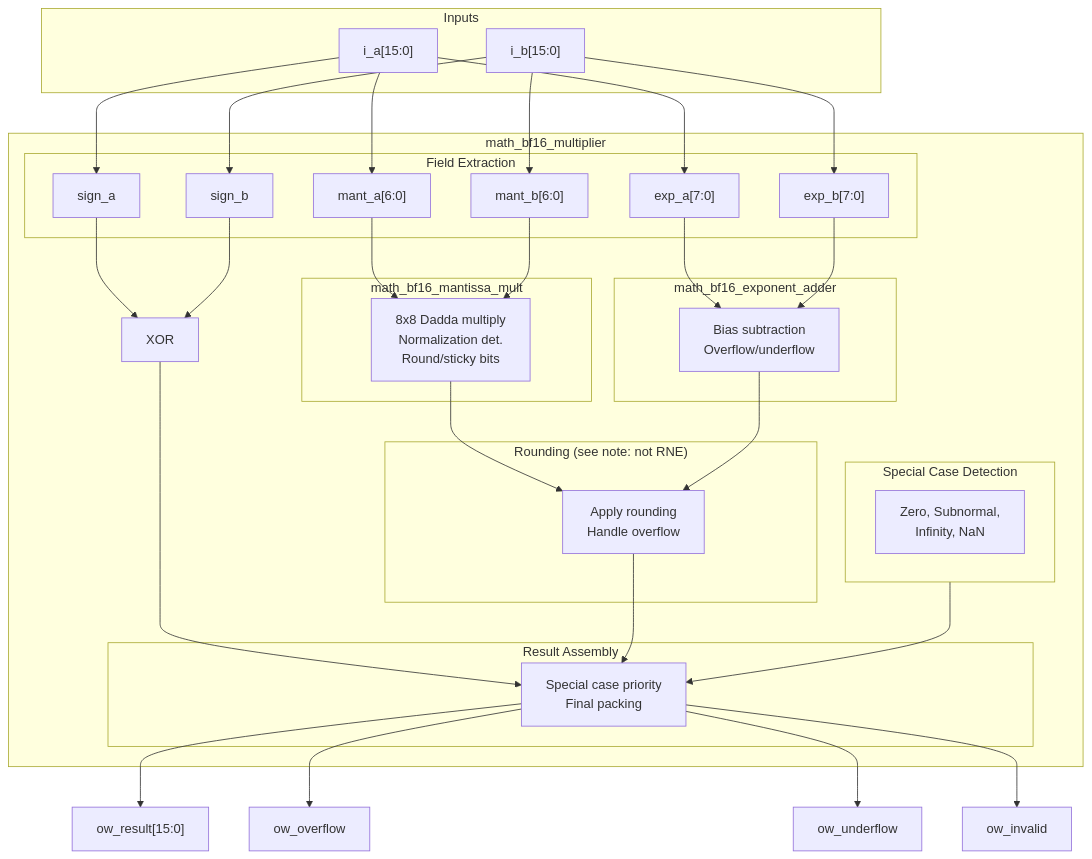
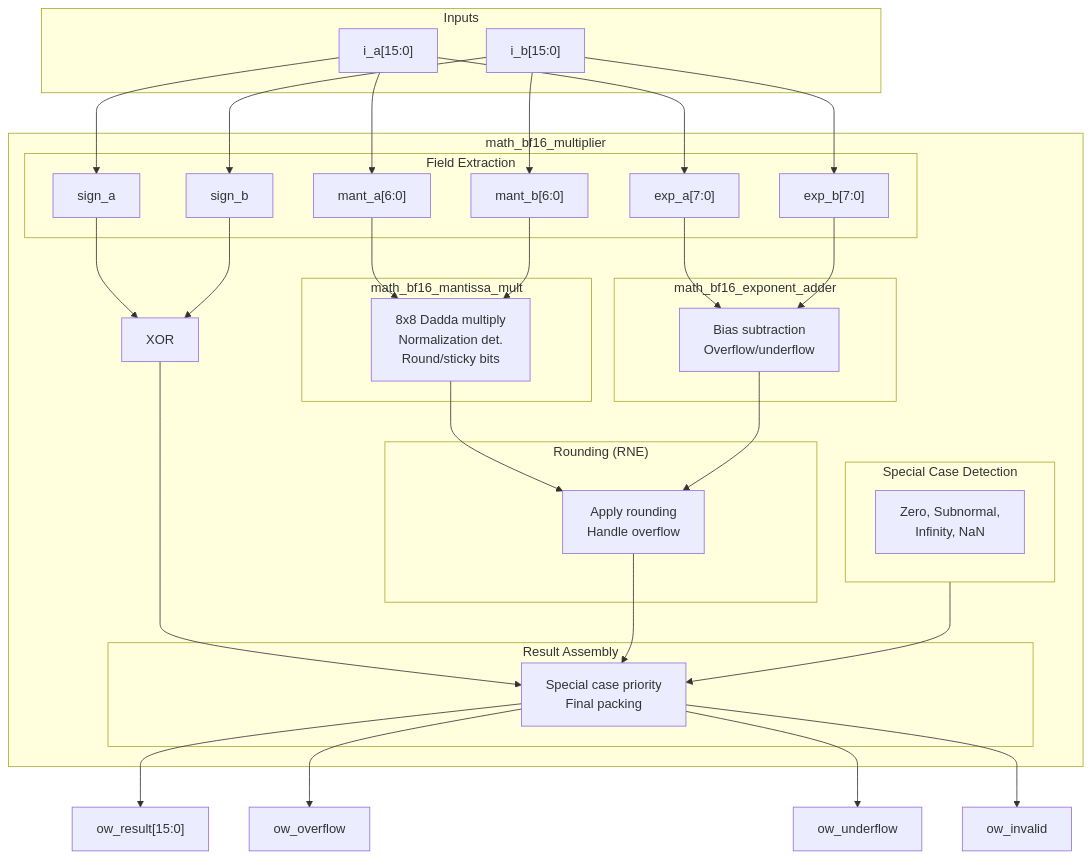
The diagram in docs/markdown/rtl-math/math_bf16_multiplier.md (sean-galloway/RTLDesignSherpa), drawn with Mermaid before and after one commit. The commit also changed other lines of this file and 8 other files, not shown here.

````diff
--- a/docs/markdown/rtl-math/math_bf16_multiplier.md
+++ b/docs/markdown/rtl-math/math_bf16_multiplier.md
@@ -80,56 +80,56 @@
 ```mermaid
 flowchart TB
     subgraph Inputs["Inputs"]
         ia["i_a[15:0]"]
         ib["i_b[15:0]"]
     end
 
     subgraph BF16Mult["math_bf16_multiplier"]
         subgraph Extract["Field Extraction"]
             ia --> signa["sign_a"]
             ia --> expa["exp_a[7:0]"]
             ia --> manta["mant_a[6:0]"]
             ib --> signb["sign_b"]
             ib --> expb["exp_b[7:0]"]
             ib --> mantb["mant_b[6:0]"]
         end
 
         signa --> xor["XOR"]
         signb --> xor
 
         subgraph Special["Special Case Detection"]
             scd["Zero, Subnormal,<br/>Infinity, NaN"]
         end
 
         subgraph MantMult["math_bf16_mantissa_mult"]
             mm["8x8 Dadda multiply<br/>Normalization det.<br/>Round/sticky bits"]
         end
 
         subgraph ExpAdd["math_bf16_exponent_adder"]
             ea["Bias subtraction<br/>Overflow/underflow"]
         end
 
-        subgraph Round["Rounding (see note: not RNE)"]
+        subgraph Round["Rounding (RNE)"]
             rnd["Apply rounding<br/>Handle overflow"]
         end
 
         subgraph Assembly["Result Assembly"]
             asm["Special case priority<br/>Final packing"]
         end
 
         manta --> mm
         mantb --> mm
         expa --> ea
         expb --> ea
         mm --> rnd
         ea --> rnd
         xor --> asm
         rnd --> asm
         Special --> asm
     end
 
     asm --> result["ow_result[15:0]"]
     asm --> overflow["ow_overflow"]
     asm --> underflow["ow_underflow"]
     asm --> invalid["ow_invalid"]
 ```
````
